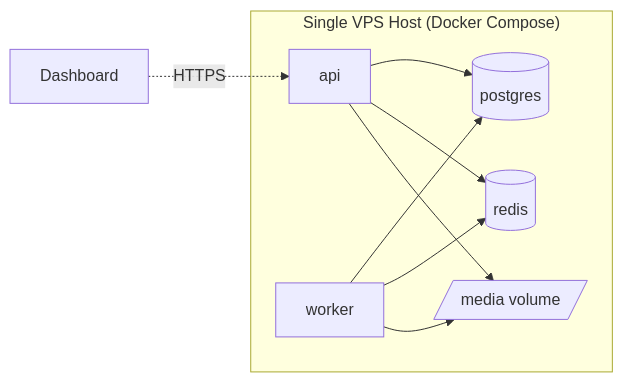
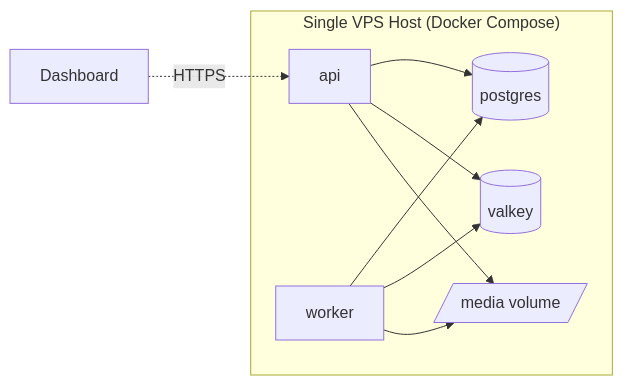
Before and after one commit to Affan-Codes/PublishIQ: the third of 3 diagrams in docs/04-system-architecture.md, drawn with Mermaid. The commit also changed other lines of this file and 23 other files, not shown here.

Commit message:
feat: implement backend worker engine, event bus, and dashboard services with Valkey support

````diff
--- a/docs/04-system-architecture.md
+++ b/docs/04-system-architecture.md
@@ -147,17 +147,17 @@
 ```mermaid
 flowchart LR
     subgraph VPS["Single VPS Host (Docker Compose)"]
         api[api]
         worker[worker]
         pg[(postgres)]
-        redis[(redis)]
+        valkey[(valkey)]
         vol1[/media volume/]
     end
     Dashboard -.->|HTTPS| api
     api --> pg
-    api --> redis
+    api --> valkey
     worker --> pg
-    worker --> redis
+    worker --> valkey
     worker --> vol1
     api --> vol1
 ```
````
